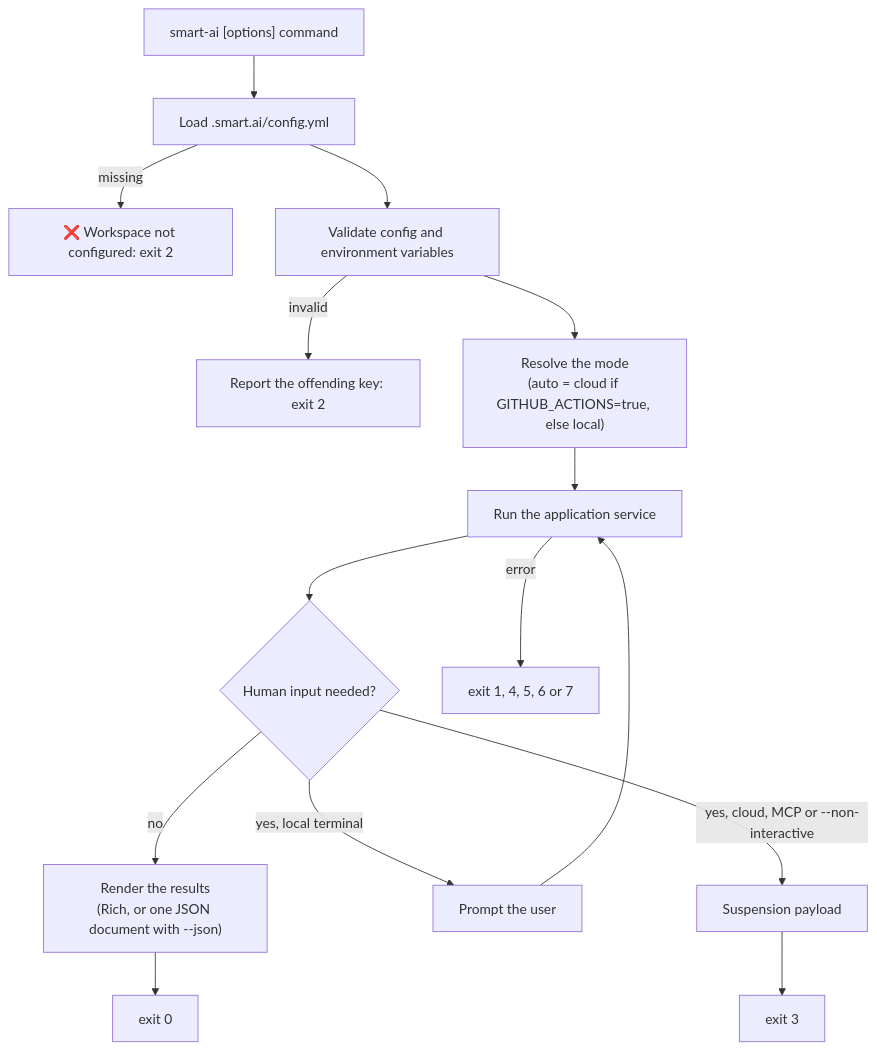
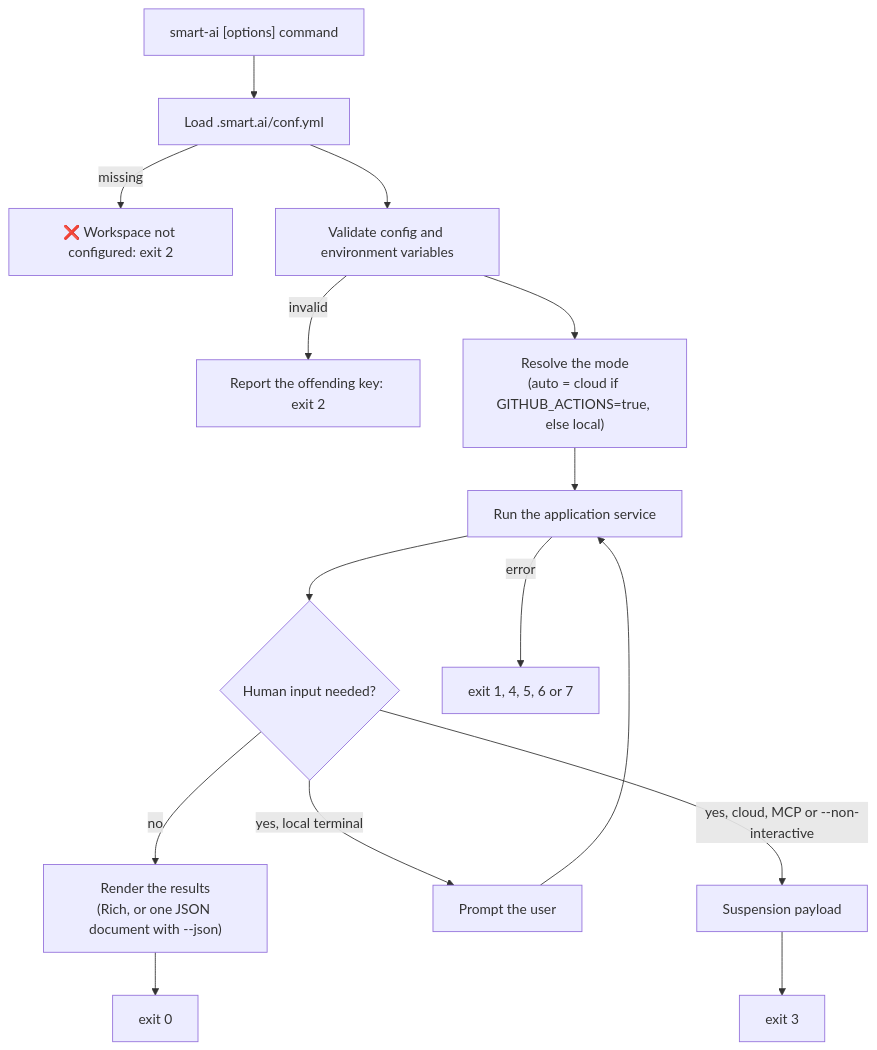
The first of 4 diagrams in docs/specs/cli-core.md (fletort/smart-ai-factory), drawn with Mermaid before and after one commit. The commit also changed other lines of this file and 32 other files, not shown here.

````diff
--- a/docs/specs/cli-core.md
+++ b/docs/specs/cli-core.md
@@ -31,17 +31,17 @@
   ```mermaid
   graph TD
-      START["smart-ai [options] command"] --> CFG["Load .smart.ai/config.yml"]
+      START["smart-ai [options] command"] --> CFG["Load .smart.ai/conf.yml"]
       CFG -->|missing| E2A["❌ Workspace not configured: exit 2"]
       CFG --> VAL["Validate config and environment variables"]
       VAL -->|invalid| E2B["Report the offending key: exit 2"]
       VAL --> MODE["Resolve the mode<br/>(auto = cloud if GITHUB_ACTIONS=true, else local)"]
       MODE --> RUN["Run the application service"]
       RUN --> NEED{"Human input needed?"}
       NEED -->|no| OUT["Render the results<br/>(Rich, or one JSON document with --json)"]
       NEED -->|"yes, local terminal"| ASK["Prompt the user"]
       ASK --> RUN
       NEED -->|"yes, cloud, MCP or --non-interactive"| SUSP["Suspension payload"]
       SUSP --> E3["exit 3"]
       RUN -->|error| ERR["exit 1, 4, 5, 6 or 7"]
       OUT --> OK["exit 0"]
   ```
````
